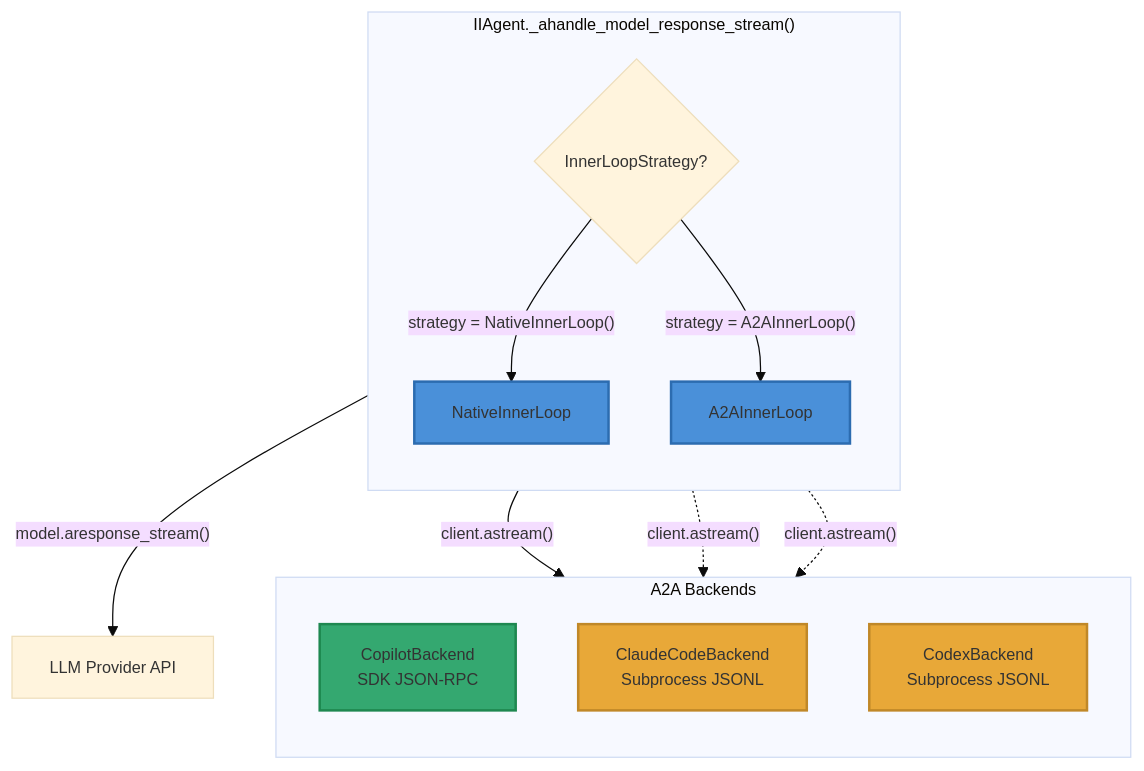
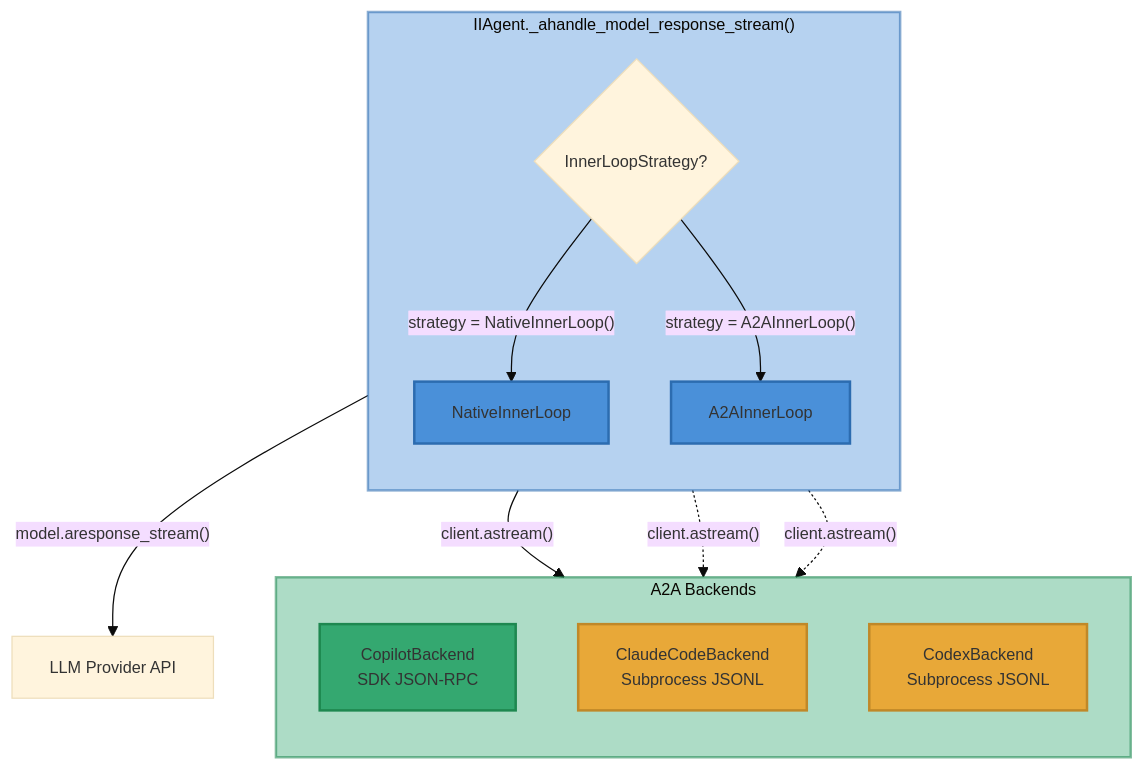
Before and after one commit to Intelligent-Internet/ii-agent: the diagram in docs/design-docs/a2a-inner-loop-parity-assessment.md, drawn with Mermaid. The commit also changed 52 other files, not shown here.

````diff
--- a/docs/design-docs/a2a-inner-loop-parity-assessment.md
+++ b/docs/design-docs/a2a-inner-loop-parity-assessment.md
@@ -12,33 +12,36 @@
 ```mermaid
 %%{init: {'theme':'base', 'themeVariables': {'fontFamily': 'Arial, sans-serif', 'fontSize': '13px', 'fontWeight': 'normal'}}}%%
 flowchart TD
     subgraph Agent["IIAgent._ahandle_model_response_stream()"]
         direction TB
         Select{InnerLoopStrategy?}
         Native[NativeInnerLoop]
         A2A[A2AInnerLoop]
     end
 
     subgraph Backends["A2A Backends"]
         direction TB
         Copilot[CopilotBackend<br/>SDK JSON-RPC]
         Claude[ClaudeCodeBackend<br/>Subprocess JSONL]
         Codex[CodexBackend<br/>Subprocess JSONL]
     end
 
     Select -->|"strategy = NativeInnerLoop()"| Native
     Select -->|"strategy = A2AInnerLoop()"| A2A
     A2A -->|"client.astream()"| Copilot
     A2A -.->|"client.astream()"| Claude
     A2A -.->|"client.astream()"| Codex
     Native -->|"model.aresponse_stream()"| LLM[LLM Provider API]
 
+    style Agent fill:#4a90d966,stroke:#2c6cb08C,stroke-width:2px
+    style Backends fill:#34a87066,stroke:#1e88508C,stroke-width:2px
+
     classDef primary fill:#4a90d9,stroke:#2c6cb0,stroke-width:2px
     classDef success fill:#34a870,stroke:#1e8850,stroke-width:2px
     classDef warn fill:#e8a838,stroke:#c08828,stroke-width:2px
     class Native primary
     class A2A primary
     class Copilot success
     class Claude warn
     class Codex warn
 ```
````
